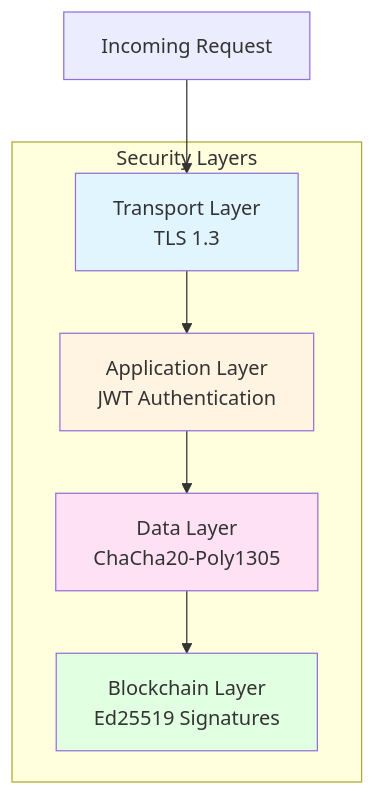
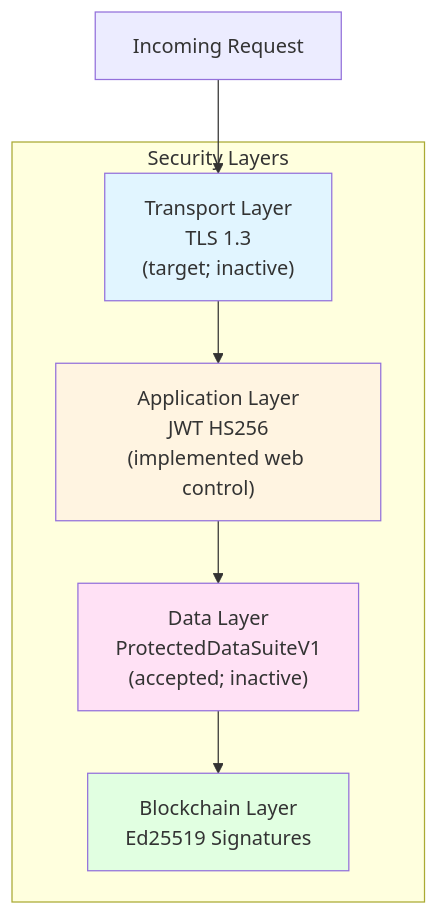
One commit to anusornc/prov-chain-pub changed the diagram in docs/architecture/SECURITY_ARCHITECTURE.md. Above: the diagram before and after it, drawn with Mermaid. The commit also changed other lines of this file and 178 other files, not shown here.

````diff
--- a/docs/architecture/SECURITY_ARCHITECTURE.md
+++ b/docs/architecture/SECURITY_ARCHITECTURE.md
@@ -13,19 +26,19 @@
 ```mermaid
 flowchart TB
     subgraph Security_Layers["Security Layers"]
-        Transport["Transport Layer<br/>TLS 1.3"]
-        Application["Application Layer<br/>JWT Authentication"]
-        Data["Data Layer<br/>ChaCha20-Poly1305"]
+        Transport["Transport Layer<br/>TLS 1.3<br/>(target; inactive)"]
+        Application["Application Layer<br/>JWT HS256<br/>(implemented web control)"]
+        Data["Data Layer<br/>ProtectedDataSuiteV1<br/>(accepted; inactive)"]
         Blockchain["Blockchain Layer<br/>Ed25519 Signatures"]
     end
 
     Request["Incoming Request"] --> Transport
     Transport --> Application
     Application --> Data
     Data --> Blockchain
 
     style Transport fill:#e1f5ff
     style Application fill:#fff4e1
     style Data fill:#ffe1f5
     style Blockchain fill:#e1ffe1
 ```
````
